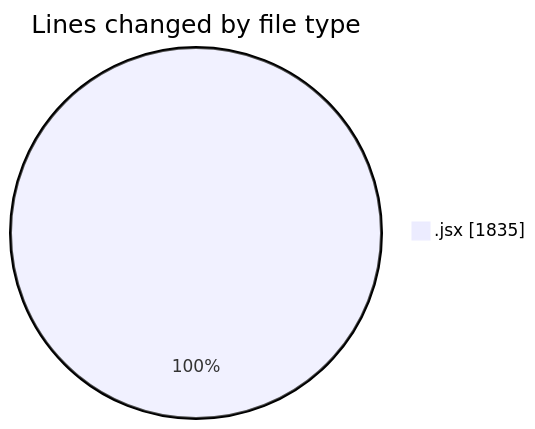
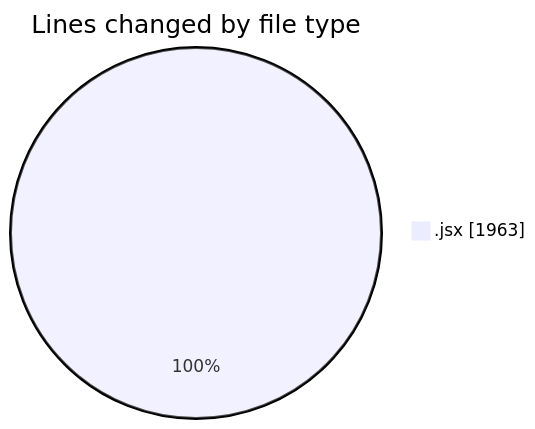
Before and after one commit to nxtqubesakshisongat/code-tracking: the first of 2 diagrams in 2026-11-22/nashik-misal-queue/README.md, drawn with Mermaid. The commit also changed other lines of this file and 1 other file, not shown here.

````diff
--- a/2026-11-22/nashik-misal-queue/README.md
+++ b/2026-11-22/nashik-misal-queue/README.md
@@ -22,5 +23,5 @@
 ```mermaid
 pie showData
 title Lines changed by file type
-".jsx" : 1835
+".jsx" : 1963
 ```
````
